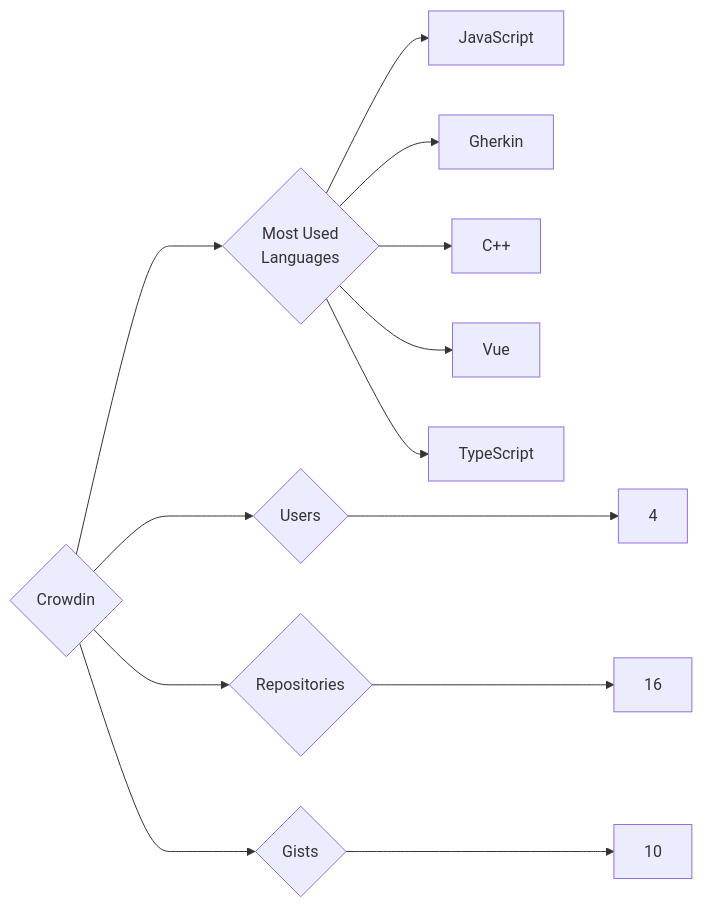
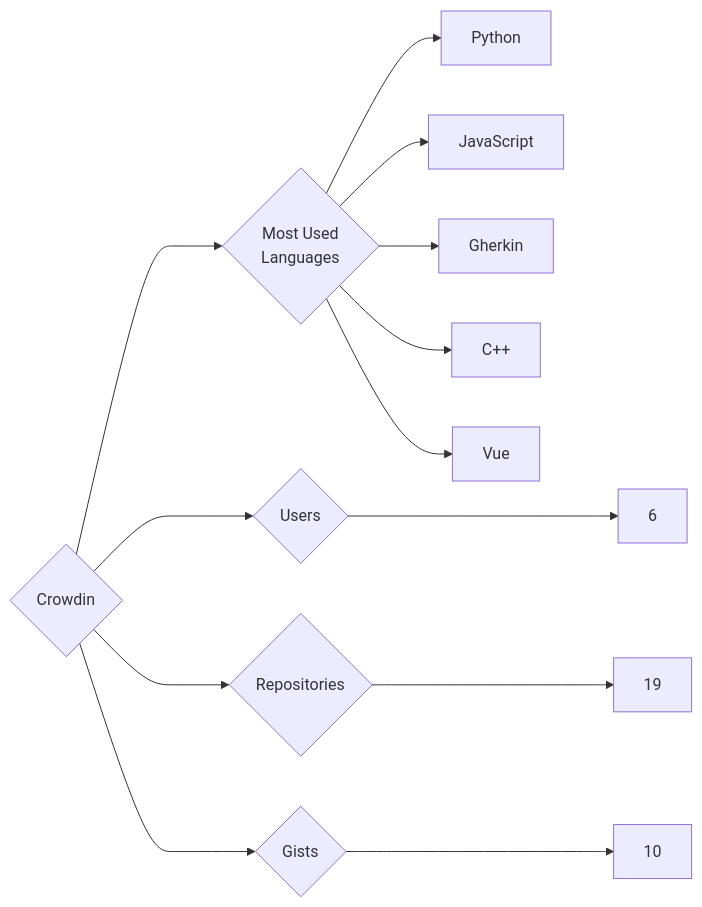
One commit to trickest/insiders changed the diagram in targets/Crowdin/README.md. Above: the diagram before and after it, drawn with Mermaid. The commit also changed 823 other files, not shown here.

````diff
--- a/targets/Crowdin/README.md
+++ b/targets/Crowdin/README.md
@@ -3,13 +3,13 @@
 ```mermaid
 graph LR
 COMPANY_NAME{Crowdin}
-COMPANY_NAME ---> U{Users} ---> UN[4]
-COMPANY_NAME ---> R{Repositories} ---> RN[16]
+COMPANY_NAME ---> U{Users} ---> UN[6]
+COMPANY_NAME ---> R{Repositories} ---> RN[19]
 COMPANY_NAME ---> G{Gists} ---> GN[10]
 COMPANY_NAME ---> ML{Most Used<br>Languages}
+ML --> Python[Python]
 ML --> JavaScript[JavaScript]
 ML --> Gherkin[Gherkin]
 ML --> C++[C++]
 ML --> Vue[Vue]
-ML --> TypeScript[TypeScript]
 ```
````
